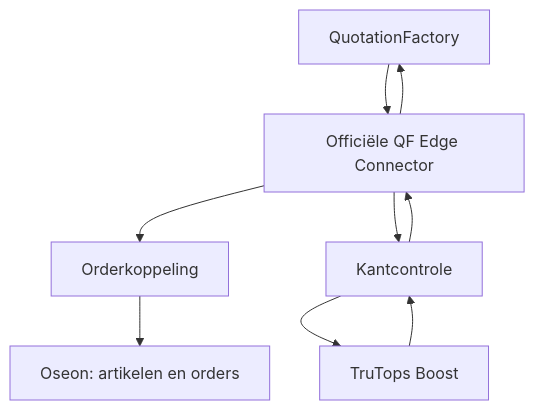
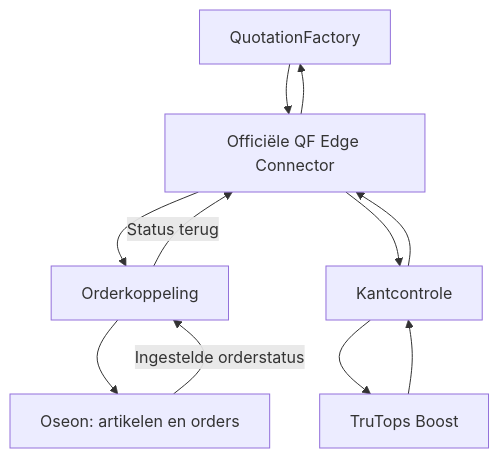
The diagram in nl/qf2oseon/overview.mdx (SheetMetalConnect/smc-mintlify), drawn with Mermaid before and after one commit.

Commit message:
docs: clarify nl/qf2oseon/overview workflow

````diff
--- a/nl/qf2oseon/overview.mdx
+++ b/nl/qf2oseon/overview.mdx
@@ -14,11 +14,13 @@
 ```mermaid
 flowchart TD
  Q["QuotationFactory"] --> E["Officiële QF Edge Connector"]
  E --> I["Orderkoppeling"]
  I --> O["Oseon: artikelen en orders"]
+ O -->|"Ingestelde orderstatus"| I
+ I -->|"Status terug"| E
  E --> B["Kantcontrole"]
  B --> T["TruTops Boost"]
  T --> B
  B --> E
  E --> Q
 ```
````
